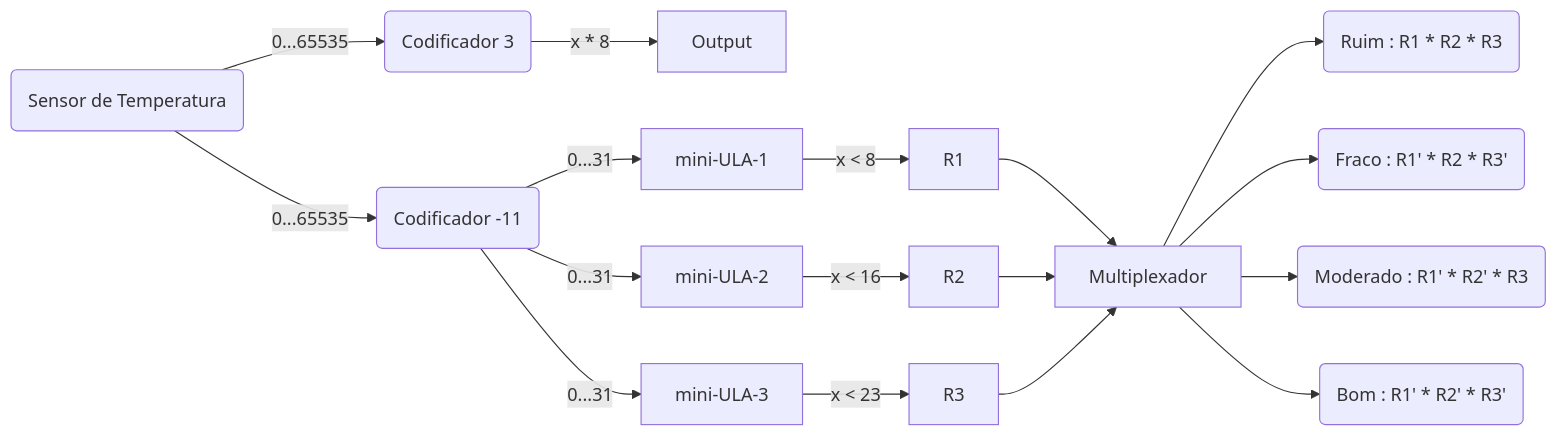
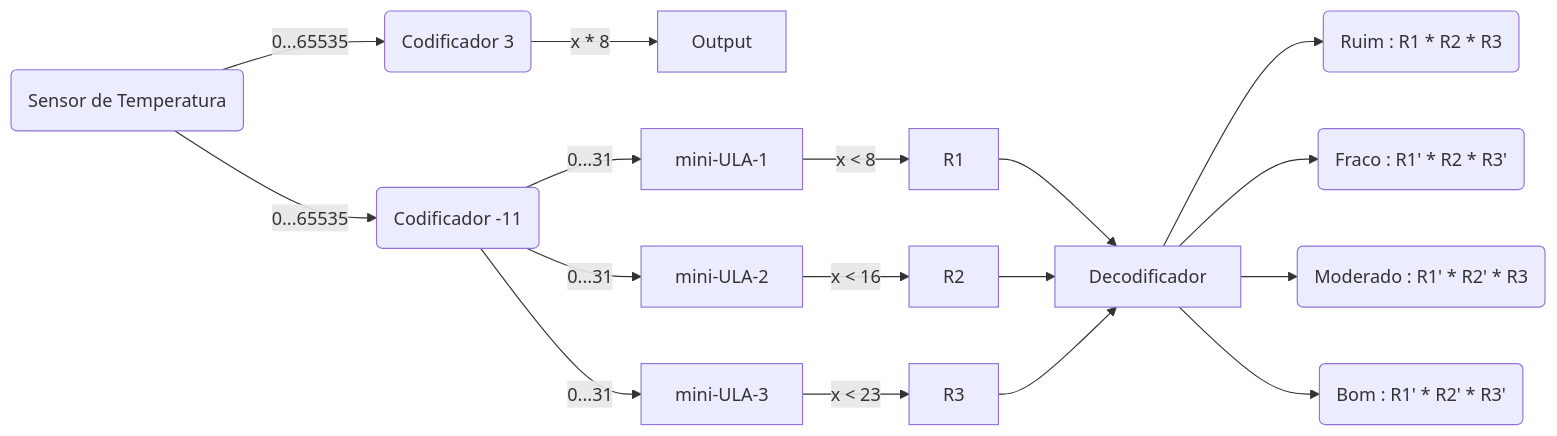
Before and after one commit to Enzo0100/Solar-Quality: the first of 2 diagrams in README.md, drawn with Mermaid. The commit also changed other lines of this file, not shown here.

````diff
--- a/README.md
+++ b/README.md
@@ -59,19 +59,19 @@
 ```mermaid
 graph LR; 
     sensor(Sensor de Temperatura)-->|0...65535|cod2(Codificador -11);
     sensor(Sensor de Temperatura)-->|0...65535|cod(Codificador 3)
     cod(Codificador 3)-->|x * 8|Output
     cod2(Codificador -11)-->|0...31|mini-ULA-1
     cod2(Codificador -11)-->|0...31|mini-ULA-2
     cod2(Codificador -11)-->|0...31|mini-ULA-3
     mini-ULA-1-->|x < 8|R1
     mini-ULA-2-->|x < 16|R2
     mini-ULA-3-->|x < 23|R3
-    R1-->Multiplexador
-    R2-->Multiplexador
-    R3-->Multiplexador
-    Multiplexador-->Ruim(Ruim : R1 * R2 * R3)
-    Multiplexador-->Fraco(Fraco : R1' * R2 * R3')
-    Multiplexador-->Moderado(Moderado : R1' * R2' * R3)
-    Multiplexador-->Bom(Bom : R1' * R2' * R3')
+    R1-->Decodificador
+    R2-->Decodificador
+    R3-->Decodificador
+    Decodificador-->Ruim(Ruim : R1 * R2 * R3)
+    Decodificador-->Fraco(Fraco : R1' * R2 * R3')
+    Decodificador-->Moderado(Moderado : R1' * R2' * R3)
+    Decodificador-->Bom(Bom : R1' * R2' * R3')
 ```
````
